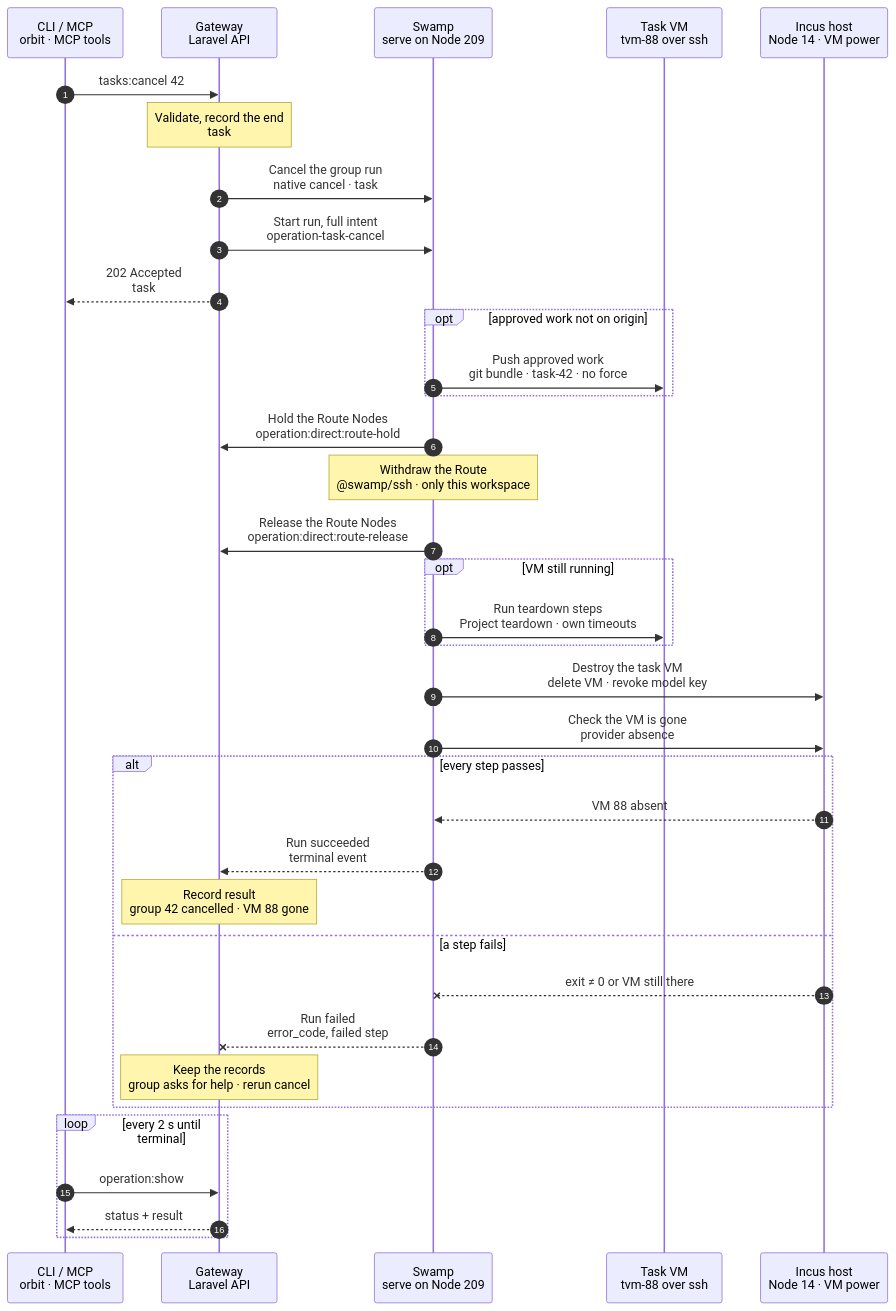
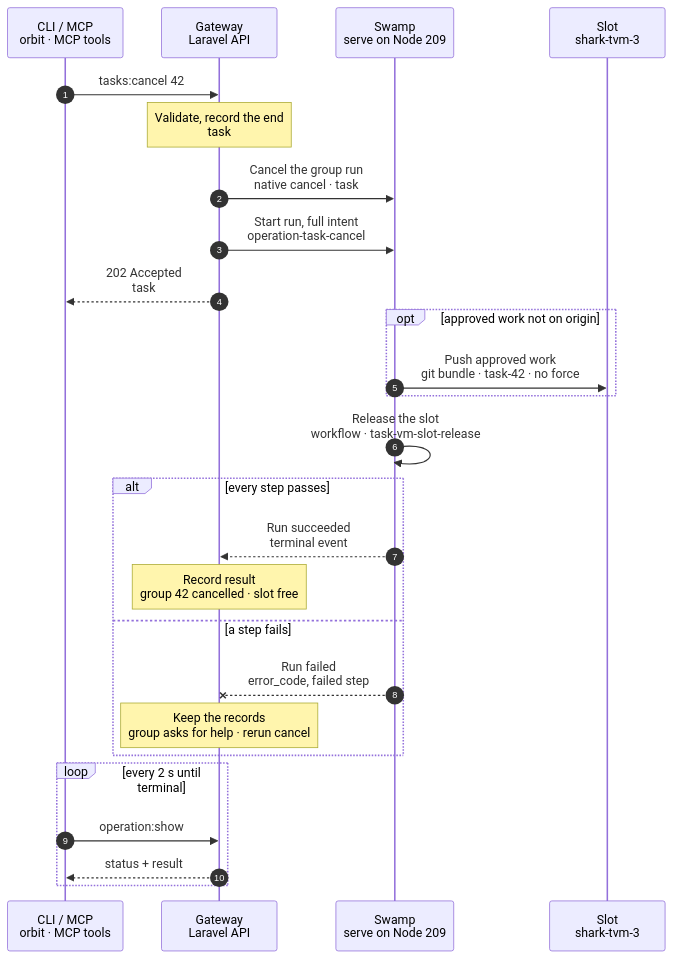
The diagram in docs/cli/tasks/cancel.mmd (hardimpactdev/orbit), drawn with Mermaid before and after one commit. The commit also changed 10 other files, not shown here.

First line of the commit message:
docs(tasks): slot claim, slot enrol and release, and the one-VM image refresh charts

```diff
--- a/docs/cli/tasks/cancel.mmd
+++ b/docs/cli/tasks/cancel.mmd
@@ -1,133 +1,94 @@
 sequenceDiagram
-  %% Decided by the orchestrator, for Nick's review (2026-11-06): only the Route-publish step of this run holds the Route-serving Nodes, for its seconds, through the Gateway's `route-hold` call; the rest of the run is not held (docs/reference/routes.md#coordinate-publication).
-  %% Target design: ADR 0244 (one task:cancel; ending a group with cleanup is its own action kind), docs/reference/tasks.md "Cancel a stuck task", DECISIONS R2-R4, Nick 2026-11-06: the push step mints its token when it runs, and a task VM never holds a GitHub credential.
-  %% Tightened: flow-tighten 2026-11-02, rules 16, 20 (no power read first: each guest step carries a guard on the VM's power, and the delete is safe to repeat).
+  %% Target design: ADR 0244 (one task:cancel; ending a group with cleanup is its own action kind), docs/reference/tasks.md "Cancel a stuck task", DECISIONS R2-R4, Nick 2026-11-06: the push step mints its token when it runs, and a task VM never holds a GitHub credential. Nick 2026-11-07: the task VM is a fixed slot; the end of a group releases it (docs/cli/tasks/vm-slot-release.mmd), with no record deletes, no Route or DNS withdrawal and no hub peer removal.
   %% status: draft
   %% command: tasks:cancel
   %% kind: tasks.cancel
   autonumber
   %% lane CLI icon=terminal pill=caller tone=gray
   %% lane GW icon=gateway pill=intent tone=blue
   %% lane SW icon=workflow pill=executes tone=green
-  %% lane VM icon=server pill=target tone=amber
-  %% lane H icon=server pill=target tone=purple
+  %% lane VM icon=server pill=slot tone=purple
   participant CLI as CLI / MCP<br/>orbit · MCP tools
   participant GW as Gateway<br/>Laravel API
   participant SW as Swamp<br/>serve on Node 209
-  participant VM as Task VM<br/>tvm-88 over ssh
-  participant H as Incus host<br/>Node 14 · VM power
+  participant VM as Slot<br/>shark-tvm-3
   CLI->>GW: tasks:cancel 42
   %%> Command:
   %%> - `orbit tasks:cancel 42 --yes`
   %%> - syntax: `[group] [--yes] [--json]`
   %%> Input:
   %%> - the task group id; omitting it uses the standard selector
   %%> Confirmation:
-  %%> - without `--yes`, the CLI first asks to cancel group 42 and remove its task VM; the default is No
+  %%> - without `--yes`, the CLI first asks to cancel group 42 and release its slot; the default is No
   %%> Also:
   %%> - `tasks:complete 42` admits the same ending when its pull request merged or closed; the group then ends `completed`
   %%> Who can call it:
   %%> - the `orbit` CLI and the MCP tool `tasks-cancel` send the same request
   Note over GW: Validate, record the end<br/>task #5141 · group 42 ending
   %%> Requirements:
   %%> - your Node has Gateway access, and the Tasks extension is on
   %%> - group 42 is not `completed`, and not `settling` with a pull request (complete it instead)
   %%> - no other ending task holds `task_group:42`
   %%> Result:
-  %%> - task #5141 recorded with the full intent: VM 88, Node 14, the workspace, its Route, the teardown steps and the last approved commit
+  %%> - task #5141 recorded with the full intent: the slot `shark-tvm-3`, its host and the last approved commit
   %%> - a group with no workspace ends `cancelled` at once, with no run (R1)
   GW->>SW: Cancel the group run<br/>native cancel · task #5140
   %%> What it does:
   %%> - cancels the group's root task; Swamp cancels its running Pi turn or check and tears down their SSH sessions
   %%> Busy:
   %%> - the Gateway waits briefly for the terminal event within the budget; a run that does not end returns `operation.target_busy`, and nothing changes
-  %%> - Decided by the orchestrator, for Nick's review (2026-11-06): this request changes nothing itself, but a provision run it cancelled stays cancelled; when that provision ends, the Gateway admits this ending itself, unless one was admitted since, so the VM it was creating is destroyed (docs/cli/tasks/provision.mmd)
+  %%> - Decided by the orchestrator, for Nick's review (2026-11-06): this request changes nothing itself, but a provision run it cancelled stays cancelled; when that provision ends, the Gateway admits this ending itself, unless one was admitted since, so the slot it was claiming is released (docs/cli/tasks/provision.mmd)
   GW->>SW: Start run, full intent<br/>operation-task-cancel
   %%> What it does:
   %%> - starts one Swamp run on serve (Node 209)
   %%> Inputs:
-  %%> - VM 88, Node 14, the checkout path and its SSH host key; the SSH identity comes from the `swamp` role
+  %%> - the slot, its host and the checkout path; the SSH identity comes from the `swamp` role
   GW-->>CLI: 202 Accepted<br/>task #5141
   %%> What you get:
   %%> - the task number and a compact input summary; the full execution plan stays in the Gateway
   %%> Next:
   %%> - the CLI follows the task with `operation:show`
   opt approved work not on origin
     SW->>VM: Push approved work<br/>git bundle · task-42 · no force
     %%> What it does:
     %%> - exports the approved commit as a Git bundle and pushes it from 209, so you can open a pull request from `task-42`
     %%> - admission names the vault key of the push token; the push step asks the Gateway for the token (`operation:direct:github-token`) right before the push, and the VM never holds it
     %%> - uncommitted changes are never pushed
     %%> If it fails:
-    %%> - the run stops before any removal, so the work stays in the VM
+    %%> - the run stops before any removal, so the work stays on the slot
     %%> Guard:
-    %%> - runs only while VM 88 runs; guest steps never run on a stopped VM, so no power read runs first
+    %%> - runs only while the slot runs
   end
-  SW->>GW: Hold the Route Nodes<br/>operation:direct:route-hold
+  SW->>SW: Release the slot<br/>workflow · task-vm-slot-release
   %%> What it does:
-  %%> - asks the Gateway for the hold of each Node that serves the Route's site, for the seconds of this step only, not the whole operation
-  %%> - the Gateway reads the Nodes from the admitted intent; the call carries the run ID
-  %%> - a Node that another Route write holds is waited for, up to 5 s per call and 2 minutes in all; then the step fails with `route_hold.busy` and the Route step does not run
-  %%> - the hold has a 5-minute lease and ends with the Operation, so a lost run cannot keep a Node
-  Note over SW: Withdraw the Route<br/>@swamp/ssh · only this workspace
-  %%> When:
-  %%> - only when one Route targets this workspace alone; a shared or foreign Route refuses the end
-  %%> What it does:
-  %%> - removes the Route's Caddy site on its Node before the VM goes
-  SW->>GW: Release the Route Nodes<br/>operation:direct:route-release
-  %%> What it does:
-  %%> - gives the Nodes back as soon as the Route step ends, whatever its result; the Route writes that wait for them then start
-  %%> - runs beside the next step, so it adds no time
-  opt VM still running
-    SW->>VM: Run teardown steps<br/>Project teardown · own timeouts
-    %%> When:
-    %%> - a `guard` on the provider's power state: only while VM 88 runs; a stopped VM skips guest teardown
-    %%> How:
-    %%> - each command writes its output to a file on the VM; `output_copy` downloads them and `output` keeps a redacted 4 KiB tail of each, so raw output never reaches native history
-  end
-  SW->>H: Destroy the task VM<br/>delete VM · revoke model key
-  %%> What it does:
-  %%> - deletes VM 88 and revokes its model key
-  %%> Per provider:
-  %%> - Incus: `incus delete` on Node 14 over SSH
-  %%> - UpCloud overflow: the UpCloud API from 209
-  %%> Guard:
-  %%> - skipped when the task has no VM, or when the Route is not withdrawn; the check below then reads the VM as not destroyed and the run fails
-  SW->>H: Check the VM is gone<br/>provider absence
-  %%> Why:
-  %%> - the VM only counts as removed when the provider no longer has it
+  %%> - stops the slot and rolls it back to its `clean` snapshot (docs/cli/tasks/vm-slot-release.mmd)
+  %%> - the slot keeps its Node, WireGuard peer, identity, Pi token and model key; nothing is deleted or withdrawn
+  %%> Not included:
+  %%> - no Project teardown and no Route withdrawal: the claim ran no setup steps and published no Route, and the rollback removes the task's files
   alt every step passes
-    H-->>SW: VM 88 absent
-    %%> Returns:
-    %%> - the check passed
     SW-->>GW: Run succeeded<br/>terminal event
     %%> How the Gateway learns it:
     %%> - its shared run reader sees the terminal event; Swamp never calls the Gateway
-    Note over GW: Record result<br/>group 42 cancelled · VM 88 gone
+    Note over GW: Record result<br/>group 42 cancelled · slot free
     %%> Result:
     %%> - group 42 and its open subtasks are `cancelled`; comments, threads and transcripts stay as history
-    %%> - the workspace Instance, its Route record, VM 88 and the `tvm-88` Node record are removed
+    %%> - the slot is `free`; its Node and workspace Instance stay
     %%> - task #5141 succeeds
   else a step fails
-    H--xSW: exit ≠ 0 or VM still there
-    %%> When:
-    %%> - the push, Route withdrawal, teardown or deletion fails
     SW--xGW: Run failed<br/>error_code, failed step
     %%> The Gateway reads:
     %%> - which step failed and its error code
     Note over GW: Keep the records<br/>group asks for help · rerun cancel
     %%> Result:
-    %%> - task #5141 fails; group 42 keeps its status, its workspace and VM 88, and asks for `removal_failure` assistance
-    %%> On the Node:
-    %%> - steps done before the failure stay; there is no rollback
+    %%> - task #5141 fails; group 42 keeps its status and its slot, and asks for `removal_failure` assistance
     %%> Retry:
     %%> - run `tasks:cancel 42` again after fixing the cause; it is a new task, and done steps find nothing left to do
   end
   loop every 2 s until terminal
     CLI->>GW: operation:show #5141
     %%> What it does:
     %%> - asks for the task's status every 2 seconds until it has ended
     GW-->>CLI: status + result
     %%> Returns:
     %%> - the current status, and the result once the task has ended
   end
```
